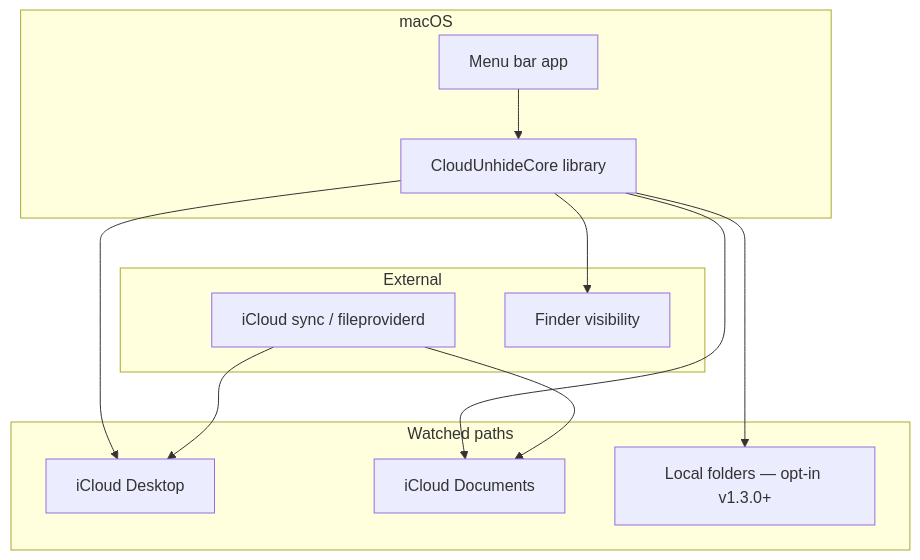
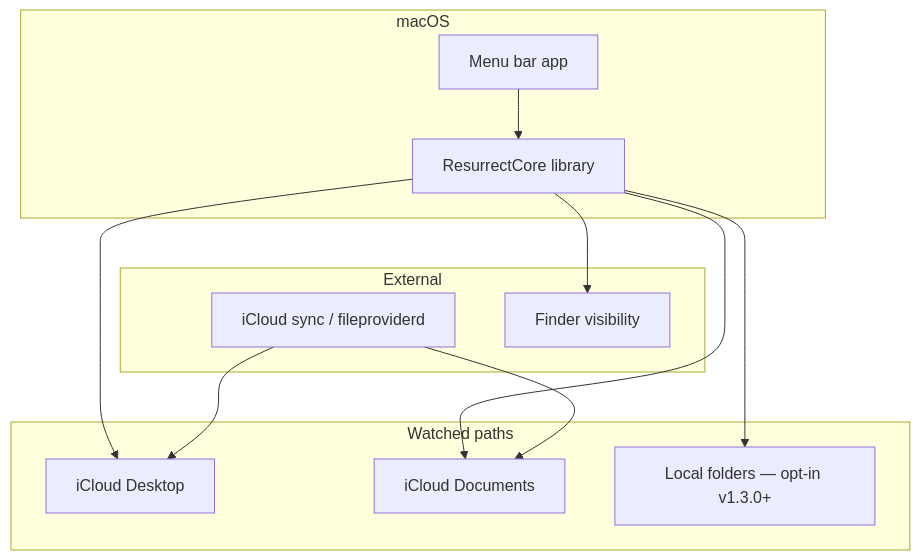
One commit to roto31/Resurrect changed the first of 3 diagrams in docs/architecture.md. Above: the diagram before and after it, drawn with Mermaid. The commit also changed other lines of this file and 25 other files, not shown here.

````diff
--- a/docs/architecture.md
+++ b/docs/architecture.md
@@ -7,23 +7,23 @@
 ```mermaid
 flowchart TB
   subgraph macOS [macOS]
     Menu[Menu bar app]
-    Core[CloudUnhideCore library]
+    Core[ResurrectCore library]
     Menu --> Core
   end
   subgraph paths [Watched paths]
     Desktop[iCloud Desktop]
     Documents[iCloud Documents]
     LocalPaths[Local folders — opt-in v1.3.0+]
   end
   subgraph external [External]
     iCloud[iCloud sync / fileproviderd]
     Finder[Finder visibility]
   end
   Core --> Desktop
   Core --> Documents
   Core --> LocalPaths
   iCloud --> Desktop
   iCloud --> Documents
   Core --> Finder
 ```
````
